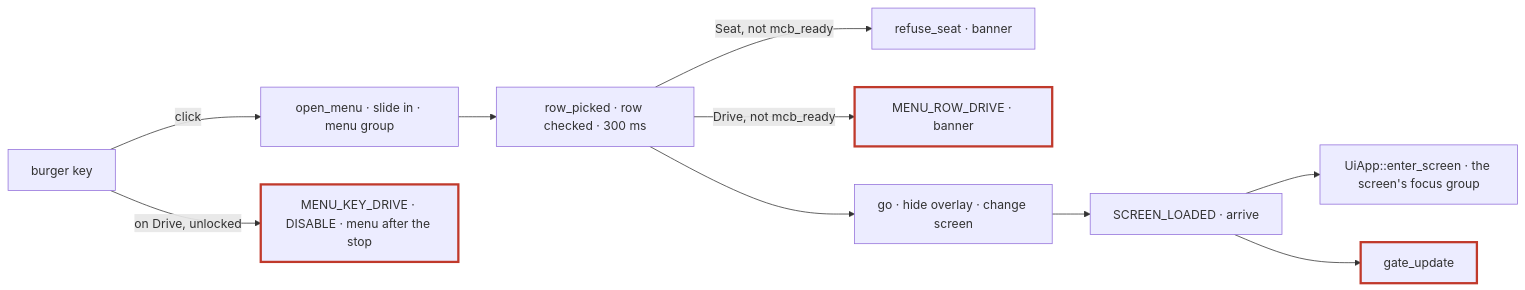
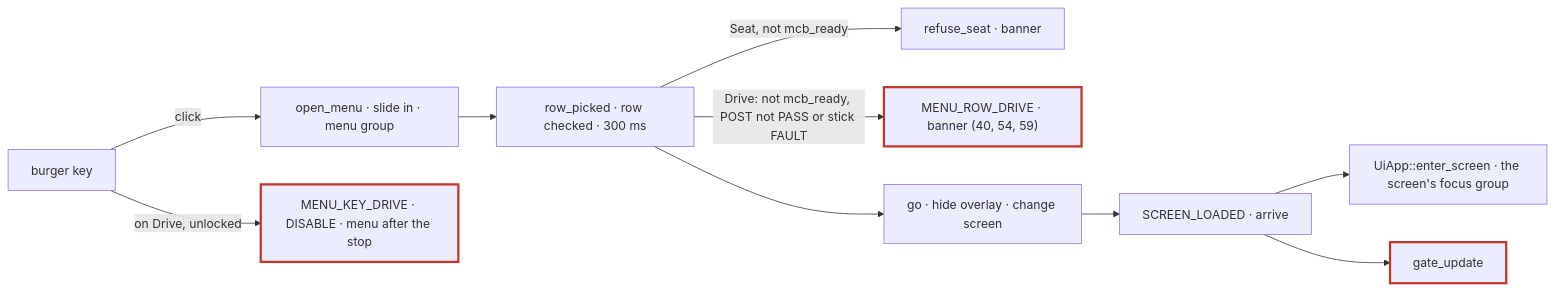
Before and after one commit to rammp-org/pace-hmi-fw: the seventh of 8 diagrams in docs/how-the-firmware-works.md, drawn with Mermaid. The commit also changed other lines of this file and 7 other files, not shown here.

````diff
--- a/docs/how-the-firmware-works.md
+++ b/docs/how-the-firmware-works.md
@@ -746,15 +889,15 @@
 ```mermaid
 flowchart LR
   key["burger key"] -->|click| opn["open_menu · slide in · menu group"]
   opn --> row["row_picked · row checked · 300 ms"]
   row -->|"Seat, not mcb_ready"| ref["refuse_seat · banner"]
-  row -->|"Drive, not mcb_ready"| refd["MENU_ROW_DRIVE · banner"]:::safety
+  row -->|"Drive: not mcb_ready, POST not PASS or stick FAULT"| refd["MENU_ROW_DRIVE · banner (40, 54, 59)"]:::safety
   row --> go["go · hide overlay · change screen"]
   go --> arrive["SCREEN_LOADED · arrive"]
   arrive --> grp["UiApp::enter_screen · the screen's focus group"]
   arrive --> gate["gate_update"]:::safety
   key -->|"on Drive, unlocked"| ex["MENU_KEY_DRIVE · DISABLE · menu after the stop"]:::safety
   classDef hw fill:#d9dde3,stroke:#7a8590,color:#111
   classDef safety stroke:#c0392b,stroke-width:3px
   classDef gen stroke-dasharray:5 4
 ```
````
